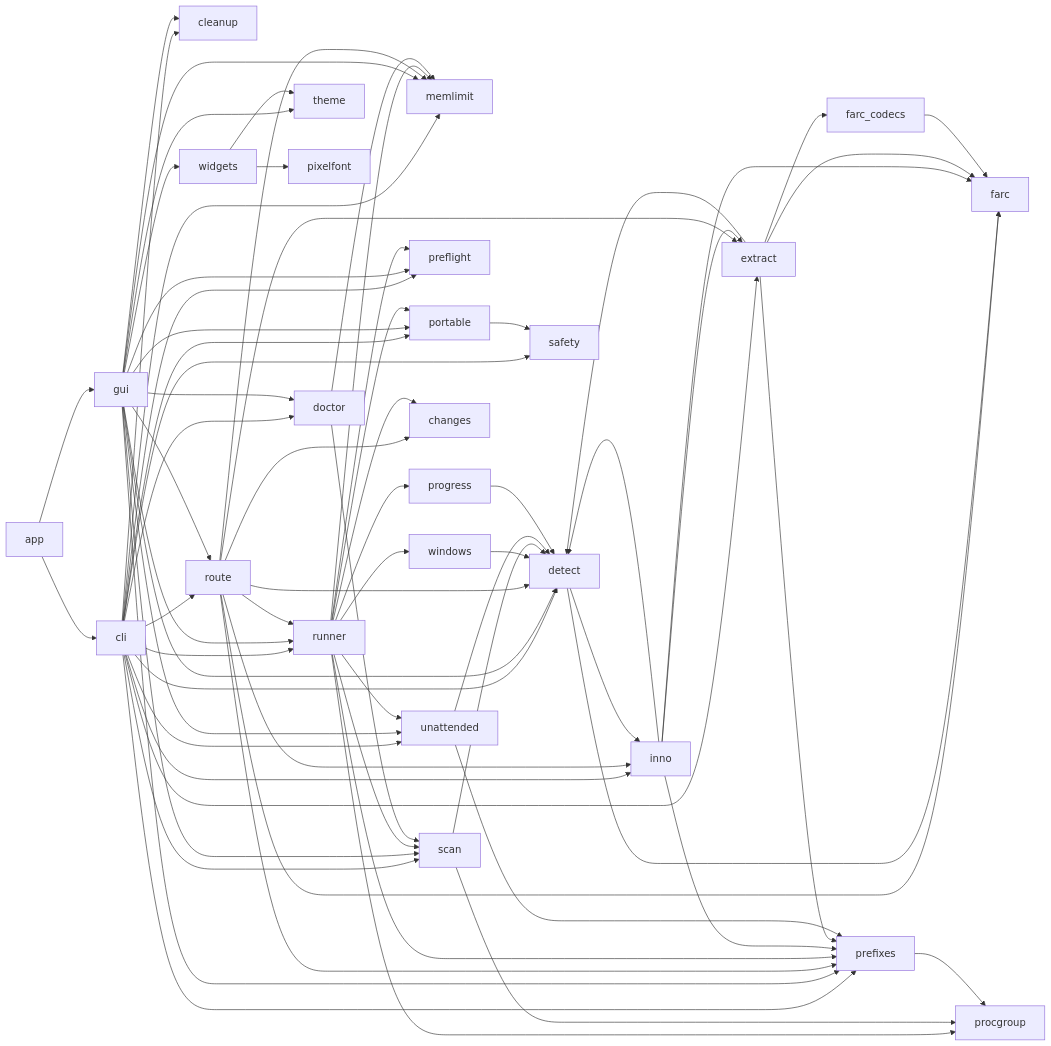
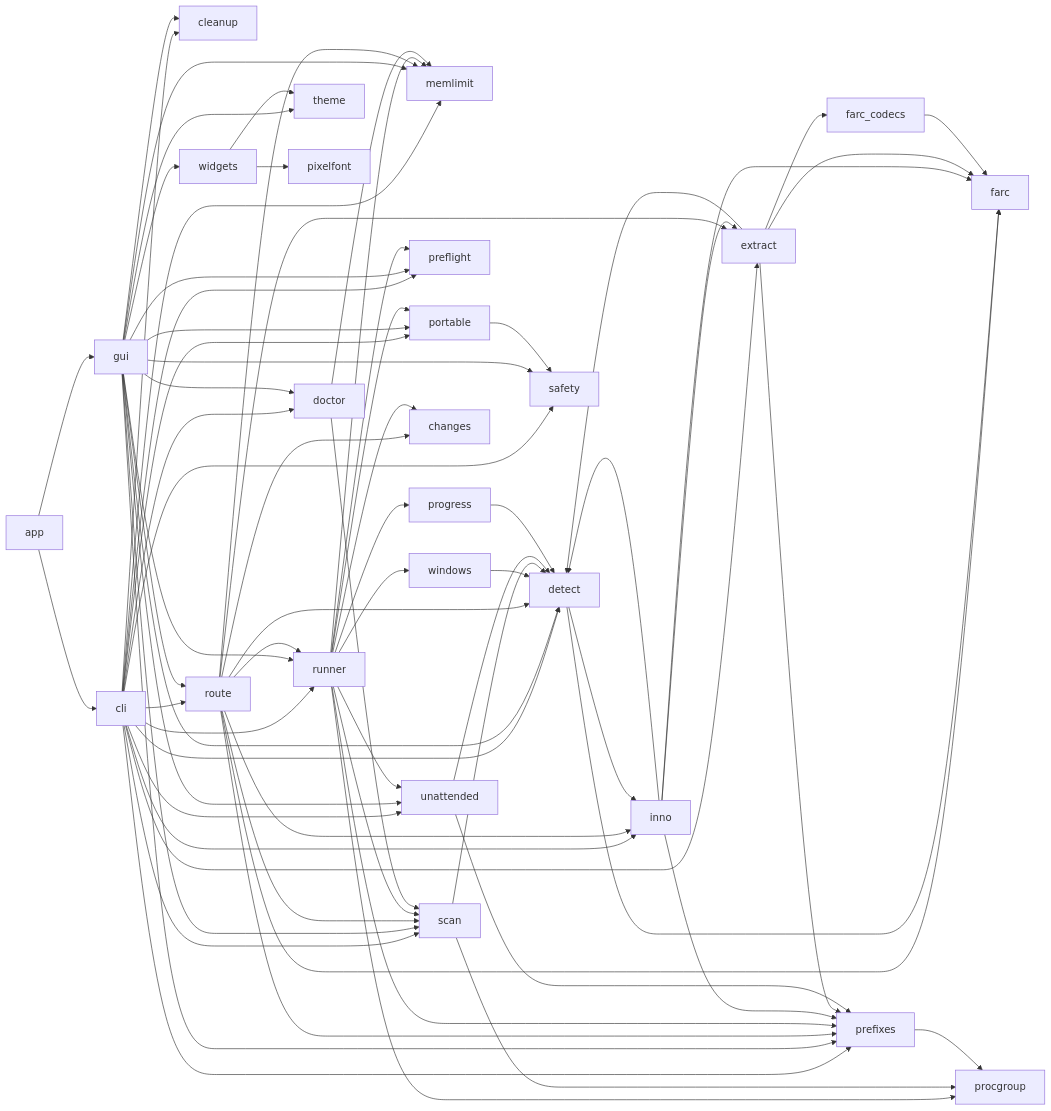
One commit to undecuple/gitfurl changed the second of 6 diagrams in docs/code-map.md. Above: the diagram before and after it, drawn with Mermaid. The commit also changed other lines of this file and 5 other files, not shown here.

````diff
--- a/docs/code-map.md
+++ b/docs/code-map.md
@@ -57,20 +57,20 @@
 ```mermaid
 flowchart LR
   app --> cli & gui
   cli --> cleanup & detect & doctor & extract & inno & memlimit & portable & prefixes & preflight & route & runner & safety & scan & unattended
-  gui --> cleanup & detect & doctor & memlimit & portable & prefixes & preflight & route & runner & scan & theme & unattended & widgets
+  gui --> cleanup & detect & doctor & memlimit & portable & prefixes & preflight & route & runner & safety & scan & theme & unattended & widgets
   widgets --> pixelfont & theme
-  route --> changes & detect & extract & farc & inno & memlimit & prefixes & runner
+  route --> changes & detect & extract & farc & inno & memlimit & prefixes & runner & scan
   runner --> changes & memlimit & portable & prefixes & preflight & procgroup & progress & scan & unattended & windows
   windows --> detect
   detect --> farc & inno
   inno --> detect & extract & farc & prefixes
   extract --> detect & farc & farc_codecs & prefixes
   farc_codecs --> farc
   doctor --> memlimit & scan
   scan --> detect & procgroup
   unattended --> detect & prefixes
   progress --> detect
   prefixes --> procgroup
   portable --> safety
 ```
````
